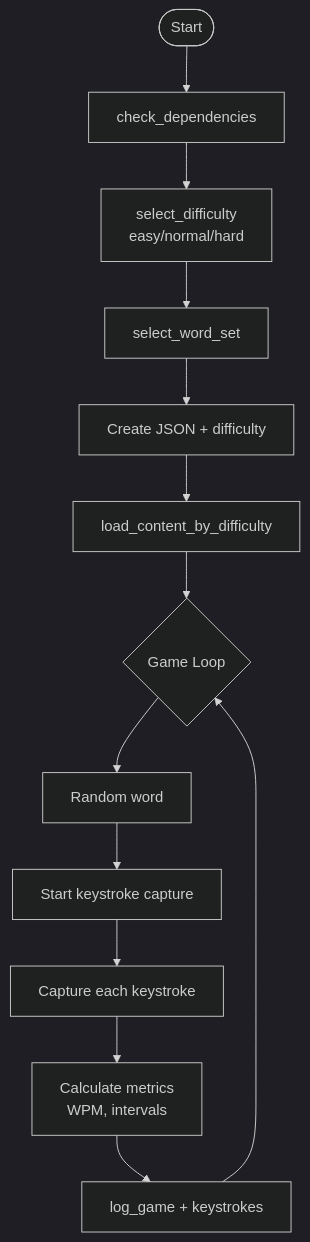
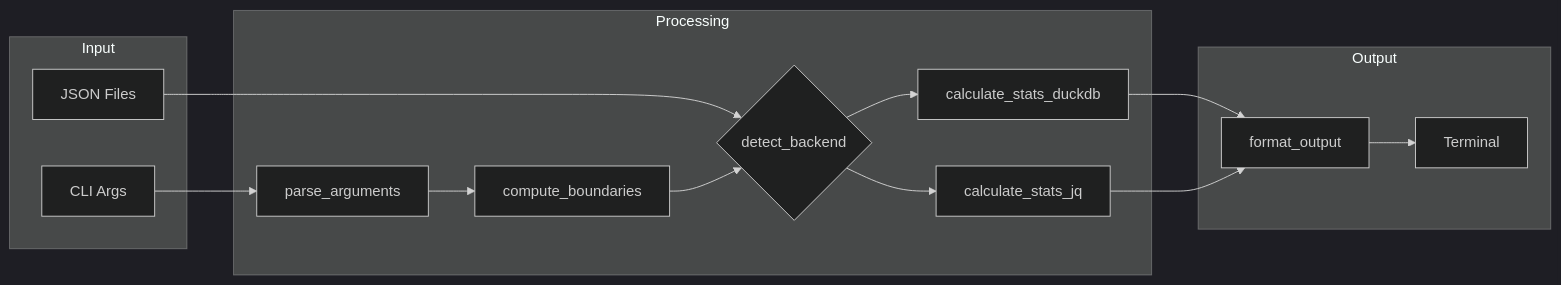
One commit to tomato-tom/flash-card changed the third of 5 diagrams in docs/typing.md. Above: the diagram before and after it, drawn with Mermaid (dark theme). The commit also changed other lines of this file and 1 other file, not shown here.

````diff
--- a/docs/typing.md
+++ b/docs/typing.md
@@ -207,16 +88,30 @@
 ```mermaid
-flowchart TD
-    Start([Start]) --> CheckDeps[check_dependencies]
-    CheckDeps --> SelectDiff[select_difficulty<br/>easy/normal/hard]
-    SelectDiff --> SelectSet[select_word_set]
-    SelectSet --> CreateSession[Create JSON + difficulty]
-    CreateSession --> LoadContent[load_content_by_difficulty]
-    LoadContent --> GameLoop{Game Loop}
+flowchart LR
+    subgraph Input
+        Args[CLI Args]
+        Files[JSON Files]
+    end
     
-    GameLoop --> SelectWord[Random word]
-    SelectWord --> StartCapture[Start keystroke capture]
-    StartCapture --> WaitInput[Capture each keystroke]
-    WaitInput --> CalcMetrics[Calculate metrics<br/>WPM, intervals]
-    CalcMetrics --> LogGame[log_game + keystrokes]
-    LogGame --> GameLoop
+    subgraph Processing
+        Parse[parse_arguments]
+        Boundaries[compute_boundaries]
+        Backend{detect_backend}
+        DuckDB[calculate_stats_duckdb]
+        JQ[calculate_stats_jq]
+    end
+    
+    subgraph Output
+        Format[format_output]
+        Display[Terminal]
+    end
+    
+    Args --> Parse
+    Files --> Backend
+    Parse --> Boundaries
+    Boundaries --> Backend
+    Backend --> DuckDB
+    Backend --> JQ
+    DuckDB --> Format
+    JQ --> Format
+    Format --> Display
 ```
````
